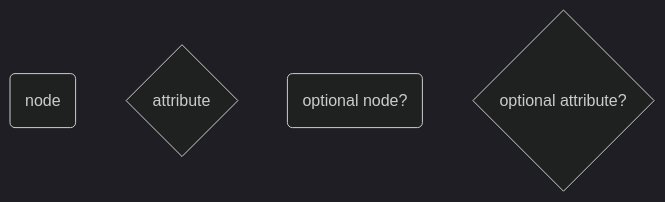
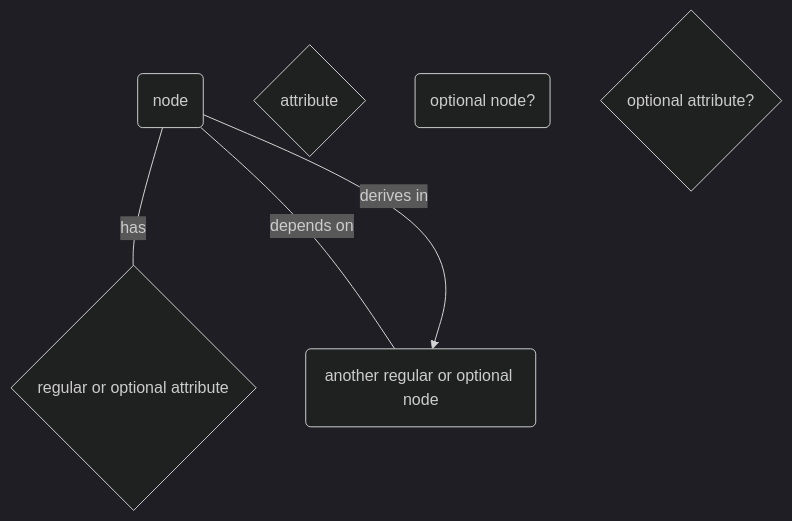
Before and after one commit to CSProjectsAvatar/ml: the second of 2 diagrams in 1st-project/grammars/ast-query-cypher.md, drawn with Mermaid (dark theme). The commit also changed other lines of this file and 2 other files, not shown here.

First line of the commit message:
docs(grammar): node pattern, relation & projection

````diff
--- a/1st-project/grammars/ast-query-cypher.md
+++ b/1st-project/grammars/ast-query-cypher.md
@@ -37,7 +45,10 @@
 ```mermaid
 graph TD
     A(node)
     B{attribute}
     C(optional node?)
     D{optional attribute?}
+    A --- |has| F{regular or optional attribute}
+    A --- |depends on| E(another regular or optional node)
+    A --> |derives in| E
 ```
````
